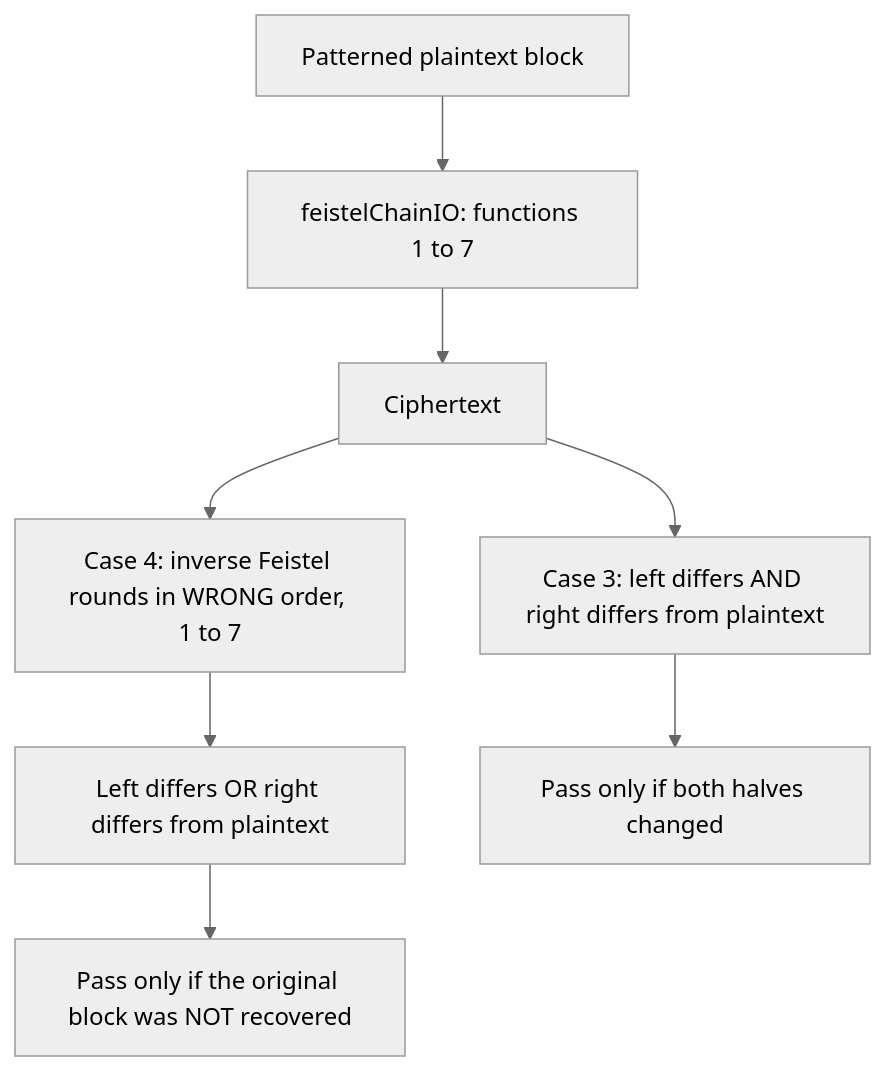
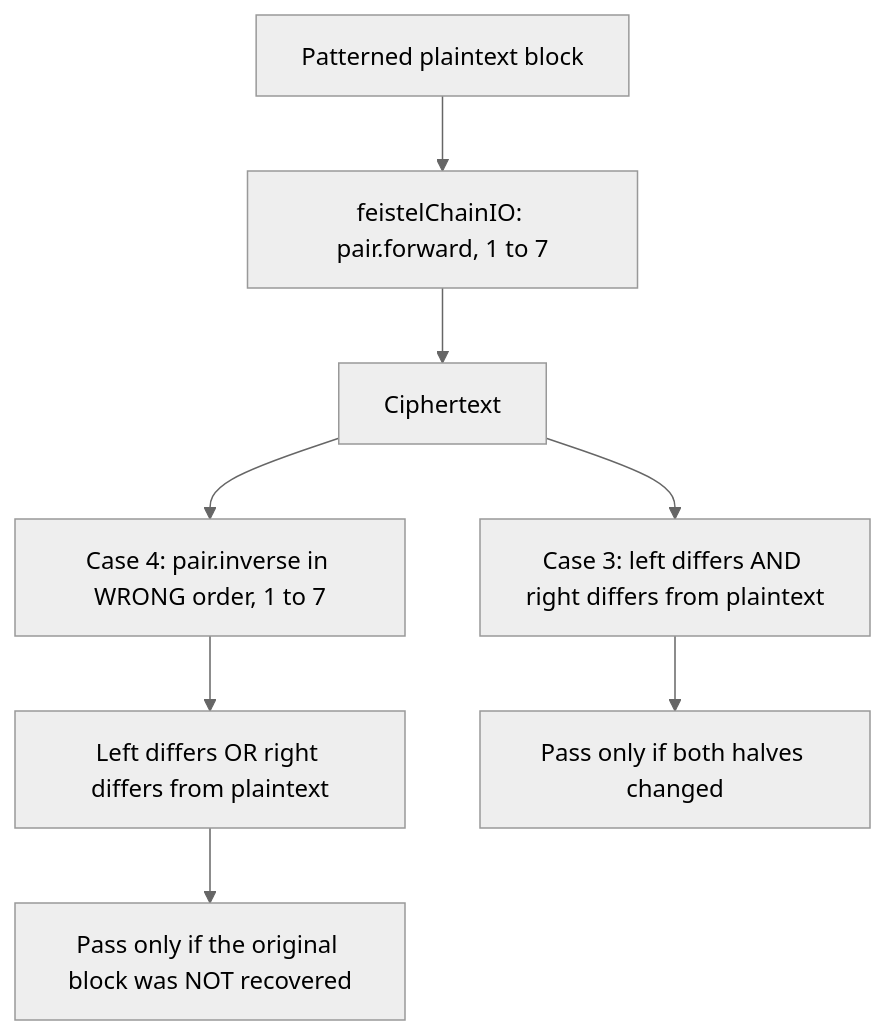
The fourth of 6 diagrams in docs/test-visualization.md (locusf/blackworm), drawn with Mermaid (neutral theme) before and after one commit. The commit also changed other lines of this file and 4 other files, not shown here.

````diff
--- a/docs/test-visualization.md
+++ b/docs/test-visualization.md
@@ -81,10 +114,10 @@
 ```mermaid
 flowchart TD
-    B["Patterned plaintext block"] --> E["feistelChainIO: functions 1 to 7"]
+    B["Patterned plaintext block"] --> E["feistelChainIO: pair.forward, 1 to 7"]
     E --> C["Ciphertext"]
     C --> CHANGE["Case 3: left differs AND right differs from plaintext"]
-    C --> WRONG["Case 4: inverse Feistel rounds in WRONG order, 1 to 7"]
+    C --> WRONG["Case 4: pair.inverse in WRONG order, 1 to 7"]
     WRONG --> DIFF["Left differs OR right differs from plaintext"]
     CHANGE --> P3["Pass only if both halves changed"]
     DIFF --> P4["Pass only if the original block was NOT recovered"]
 ```
````
